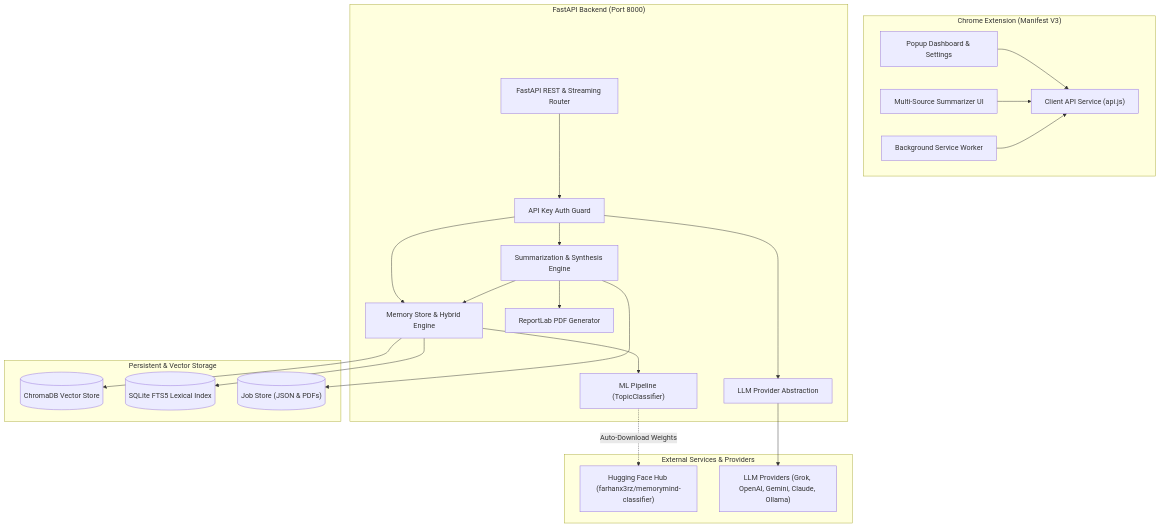
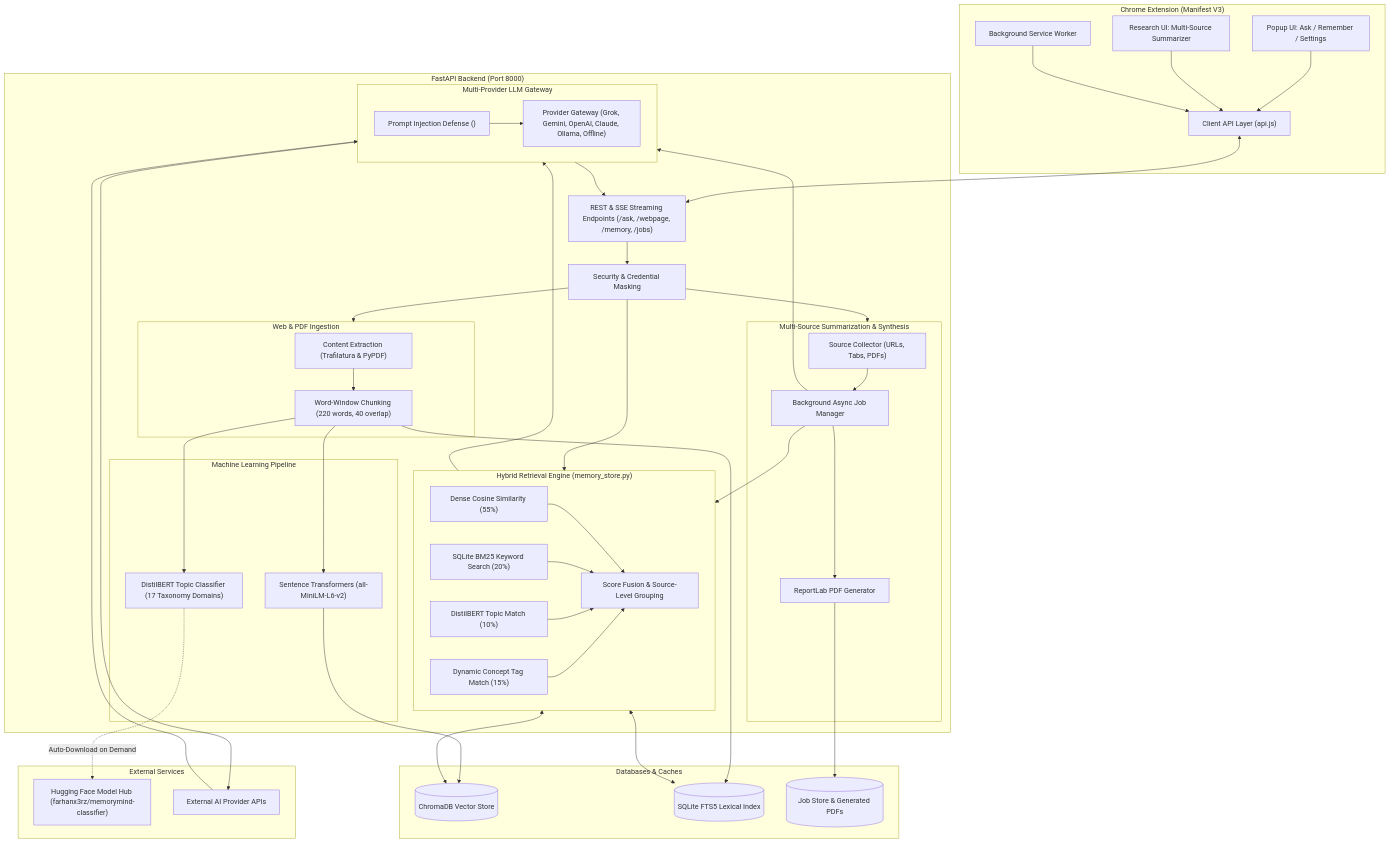
The first of 4 diagrams in docs/architecture.md (farhanx3rz/MemoryMind), drawn with Mermaid before and after one commit. The commit also changed other lines of this file and 8 other files, not shown here.

````diff
--- a/docs/architecture.md
+++ b/docs/architecture.md
@@ -9,46 +9,92 @@
 ```mermaid
-graph TD
+flowchart TD
     subgraph Client["Chrome Extension (Manifest V3)"]
-        UI["Popup Dashboard & Settings"]
-        SummUI["Multi-Source Summarizer UI"]
-        BG["Background Service Worker"]
-        API_JS["Client API Service (api.js)"]
-        UI --> API_JS
-        SummUI --> API_JS
-        BG --> API_JS
+        Popup["Popup UI: Ask / Remember / Settings"]
+        ResUI["Research UI: Multi-Source Summarizer"]
+        SW["Background Service Worker"]
+        APIClient["Client API Layer (api.js)"]
+        Popup --> APIClient
+        ResUI --> APIClient
+        SW --> APIClient
     end
 
     subgraph Backend["FastAPI Backend (Port 8000)"]
-        API["FastAPI REST & Streaming Router"]
-        Auth["API Key Auth Guard"]
-        Store["Memory Store & Hybrid Engine"]
-        LLM["LLM Provider Abstraction"]
-        ML["ML Pipeline (TopicClassifier)"]
-        Jobs["Summarization & Synthesis Engine"]
-        PDF["ReportLab PDF Generator"]
+        Router["REST & SSE Streaming Endpoints (/ask, /webpage, /memory, /jobs)"]
+        Auth["Security & Credential Masking"]
 
-        API --> Auth
-        Auth --> Store
-        Auth --> LLM
-        Auth --> Jobs
-        Store --> ML
-        Jobs --> Store
-        Jobs --> PDF
+        subgraph IngestionEngine["Web & PDF Ingestion"]
+            Extractor["Content Extraction (Trafilatura & PyPDF)"]
+            Chunker["Word-Window Chunking (220 words, 40 overlap)"]
+            Extractor --> Chunker
+        end
+
+        subgraph MLSubsystem["Machine Learning Pipeline"]
+            Classifier["DistilBERT Topic Classifier (17 Taxonomy Domains)"]
+            Embedder["Sentence Transformers (all-MiniLM-L6-v2)"]
+        end
+
+        subgraph HybridSearch["Hybrid Retrieval Engine (memory_store.py)"]
+            DenseScore["Dense Cosine Similarity (55%)"]
+            LexScore["SQLite BM25 Keyword Search (20%)"]
+            TopicScore["DistilBERT Topic Match (10%)"]
+            TagScore["Dynamic Concept Tag Match (15%)"]
+            ScoreFusion["Score Fusion & Source-Level Grouping"]
+            DenseScore --> ScoreFusion
+            LexScore --> ScoreFusion
+            TopicScore --> ScoreFusion
+            TagScore --> ScoreFusion
+        end
+
+        subgraph MultiSourceSynthesis["Multi-Source Summarization & Synthesis"]
+            Collector["Source Collector (URLs, Tabs, PDFs)"]
+            JobWorker["Background Async Job Manager"]
+            PDFGen["ReportLab PDF Generator"]
+            Collector --> JobWorker
+            JobWorker --> PDFGen
+        end
+
+        subgraph LLMGateway["Multi-Provider LLM Gateway"]
+            Sanitizer["Prompt Injection Defense (<untrusted_evidence>)"]
+            ProviderRouter["Provider Gateway (Grok, Gemini, OpenAI, Claude, Ollama, Offline)"]
+            Sanitizer --> ProviderRouter
+        end
     end
 
-    subgraph Storage["Persistent & Vector Storage"]
+    subgraph Storage["Databases & Caches"]
         Chroma[("ChromaDB Vector Store")]
         FTS[("SQLite FTS5 Lexical Index")]
-        JobStore[("Job Store (JSON & PDFs)")]
-        Store --> Chroma
-        Store --> FTS
-        Jobs --> JobStore
+        JobData[("Job Store & Generated PDFs")]
     end
 
-    subgraph External["External Services & Providers"]
-        HF["Hugging Face Hub (farhanx3rz/memorymind-classifier)"]
-        LLM_APIs["LLM Providers (Grok, OpenAI, Gemini, Claude, Ollama)"]
-        ML -.->|Auto-Download Weights| HF
-        LLM --> LLM_APIs
+    subgraph External["External Services"]
+        HFHub["Hugging Face Model Hub (farhanx3rz/memorymind-classifier)"]
+        AIProviders["External AI Provider APIs"]
     end
+
+    %% Connections
+    APIClient <--> Router
+    Router --> Auth
+    Auth --> IngestionEngine
+    Auth --> HybridSearch
+    Auth --> MultiSourceSynthesis
+
+    %% Ingestion flow
+    Chunker --> Classifier
+    Chunker --> Embedder
+    Classifier -.->|Auto-Download on Demand| HFHub
+    Embedder --> Chroma
+    Chunker --> FTS
+
+    %% Retrieval & Synthesis flow
+    HybridSearch <--> Chroma
+    HybridSearch <--> FTS
+    HybridSearch --> LLMGateway
+    LLMGateway --> AIProviders
+    AIProviders --> LLMGateway
+    LLMGateway --> Router
+
+    %% Summarization flow
+    JobWorker --> HybridSearch
+    JobWorker --> LLMGateway
+    PDFGen --> JobData
 ```
````
